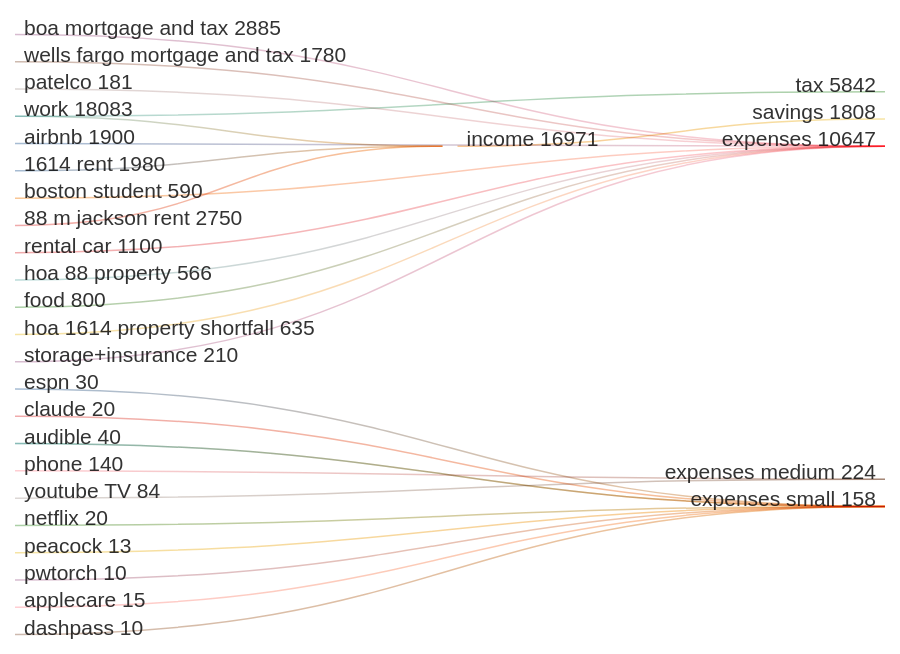
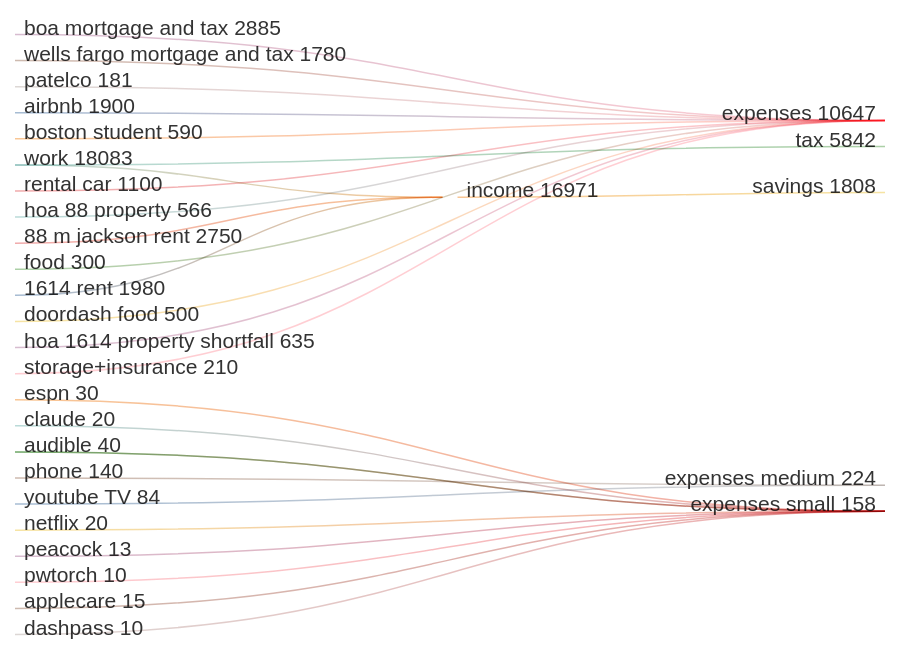
Before and after one commit to sarnobat/mermaid: the second of 9 diagrams in README.md, drawn with Mermaid.

Commit message:
Update food expenses and add Doordash entry

````diff
--- a/README.md
+++ b/README.md
@@ -114,34 +114,35 @@
 ```mermaid
 ---
 config:
   sankey:
     showValues: true
 ---
 sankey-beta
 1614 rent,income,1980
 88 m jackson rent, income,2750
 work,income,12241
 work,tax,5842
 income,savings,1808
 boa mortgage and tax,expenses,2885
 wells fargo mortgage and tax,expenses,1780
 patelco,expenses,181
 airbnb,expenses,1900
 boston student,expenses,590
 rental car,expenses,1100
 hoa 88 property,expenses,566
-food,expenses,800
+food,expenses,300
+doordash food,expenses,500
 hoa 1614 property shortfall,expenses,635
 storage+insurance,expenses,210
 phone,expenses medium,140
 youtube TV,expenses medium,84
 espn,expenses small,30
 claude,expenses small,20
 audible,expenses small,20
 netflix,expenses small,20
 audible,expenses small,20
 peacock,expenses small,13
 pwtorch,expenses small,10
 applecare,expenses small,15
 dashpass,expenses small,10
 ```
````
